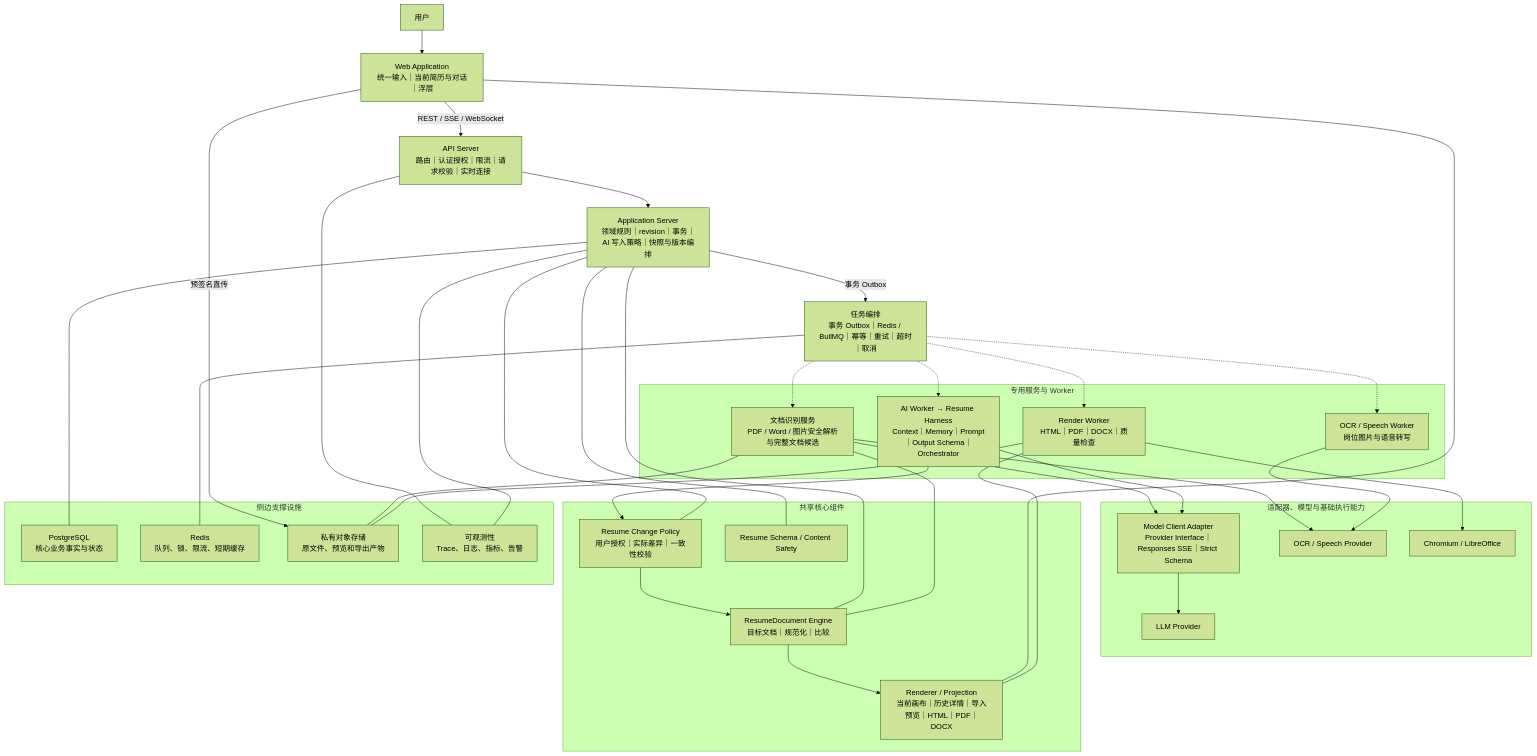
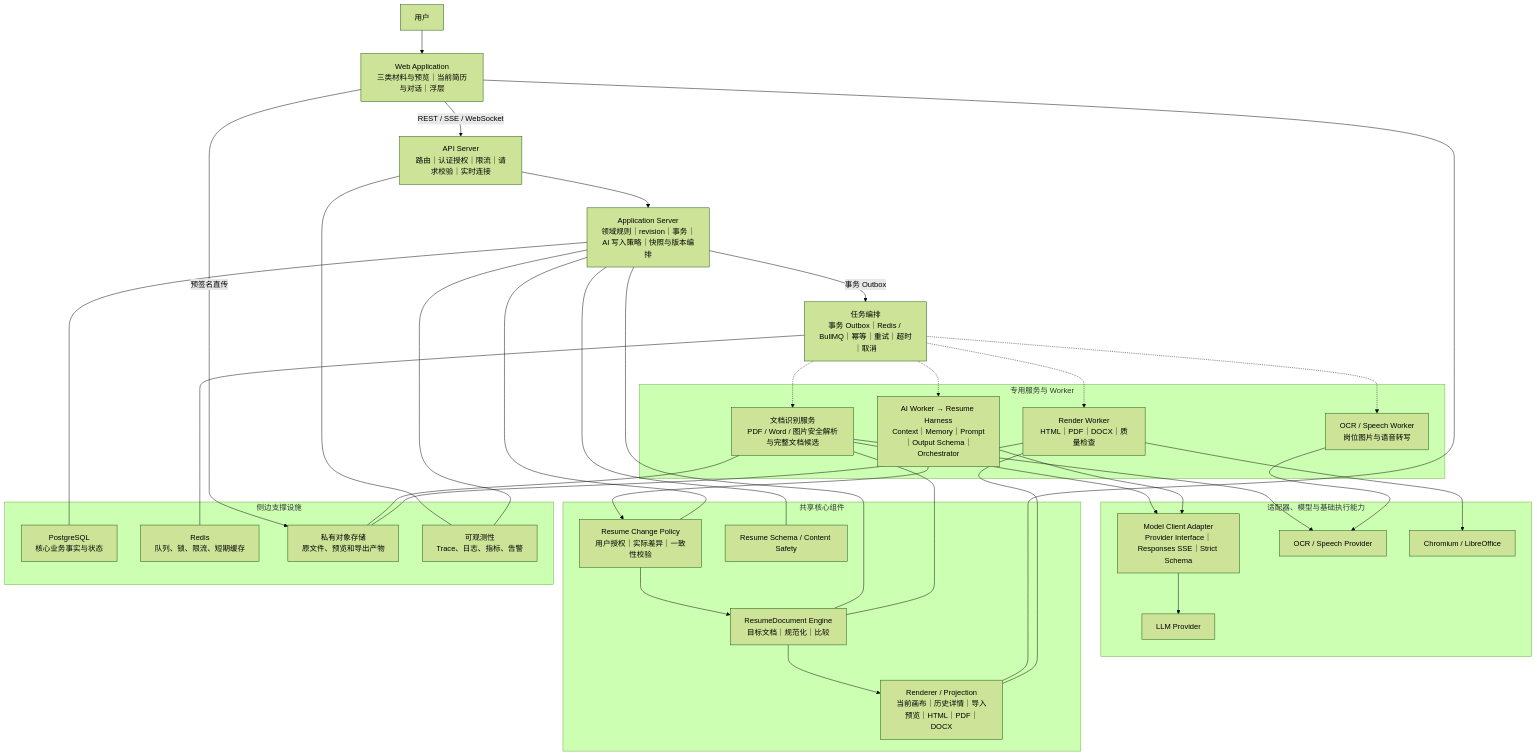
The diagram in TECH.md (SwinBlackSea/resume), drawn with Mermaid (forest theme) before and after one commit. The commit also changed other lines of this file and 257 other files, not shown here.

````diff
--- a/TECH.md
+++ b/TECH.md
@@ -140,64 +146,64 @@
 ```mermaid
 flowchart TB
     User["用户"]
-    Web["Web Application<br/>统一输入｜当前简历与对话｜浮层"]
+    Web["Web Application<br/>三类材料与预览｜当前简历与对话｜浮层"]
     API["API Server<br/>路由｜认证授权｜限流｜请求校验｜实时连接"]
     App["Application Server<br/>领域规则｜revision｜事务｜AI 写入策略｜快照与版本编排"]
     Orchestrator["任务编排<br/>事务 Outbox｜Redis / BullMQ｜幂等｜重试｜超时｜取消"]
 
     subgraph Execution["专用服务与 Worker"]
         Recognition["文档识别服务<br/>PDF / Word / 图片安全解析与完整文档候选"]
         OCRWorker["OCR / Speech Worker<br/>岗位图片与语音转写"]
         AIWorker["AI Worker → Resume Harness<br/>Context｜Memory｜Prompt｜Output Schema｜Orchestrator"]
         RenderWorker["Render Worker<br/>HTML｜PDF｜DOCX｜质量检查"]
     end
 
     subgraph Runtime["适配器、模型与基础执行能力"]
         ModelClient["Model Client Adapter<br/>Provider Interface｜Responses SSE｜Strict Schema"]
         LLM["LLM Provider"]
         OCRProvider["OCR / Speech Provider"]
         DocumentRuntime["Chromium / LibreOffice"]
     end
 
     subgraph SharedCore["共享核心组件"]
         ChangePolicy["Resume Change Policy<br/>用户授权｜实际差异｜一致性校验"]
         ResumeDocument["ResumeDocument Engine<br/>目标文档｜规范化｜比较"]
         Renderer["Renderer / Projection<br/>当前画布｜历史详情｜导入预览｜HTML｜PDF｜DOCX"]
         ResumeSchema["Resume Schema / Content Safety"]
     end
 
     subgraph Support["侧边支撑设施"]
         PostgreSQL["PostgreSQL<br/>核心业务事实与状态"]
         Redis["Redis<br/>队列、锁、限流、短期缓存"]
         ObjectStore["私有对象存储<br/>原文件、预览和导出产物"]
         Observability["可观测性<br/>Trace、日志、指标、告警"]
     end
 
     User --> Web -->|"REST / SSE / WebSocket"| API --> App
     App -->|"事务 Outbox"| Orchestrator
     Orchestrator -.-> Recognition
     Orchestrator -.-> OCRWorker
     Orchestrator -.-> AIWorker
     Orchestrator -.-> RenderWorker
 
     Recognition --> ModelClient
     Recognition --> OCRProvider
     OCRWorker --> OCRProvider
     AIWorker --> ModelClient --> LLM
     AIWorker --> ChangePolicy --> ResumeDocument --> Renderer
     RenderWorker --> DocumentRuntime
 
     App --- PostgreSQL
     Orchestrator --- Redis
     Web -->|"预签名直传"| ObjectStore
     Recognition --- ObjectStore
     RenderWorker --- ObjectStore
     API --- Observability
     App --- Observability
     Web --- Renderer
     App --- ResumeDocument
     App --- ChangePolicy
     App --- ResumeSchema
     Recognition --- ResumeDocument
     RenderWorker --- Renderer
 ```
````
